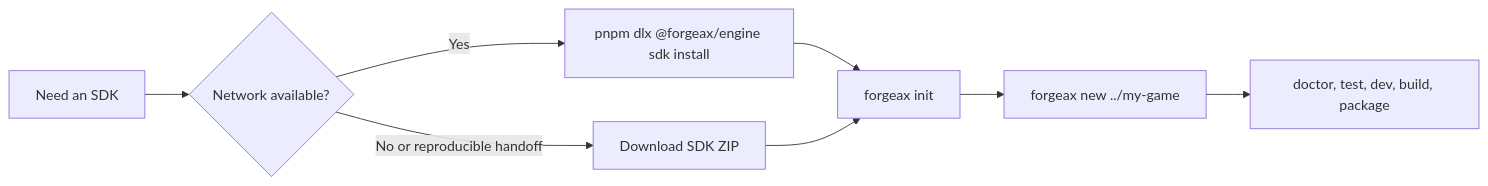
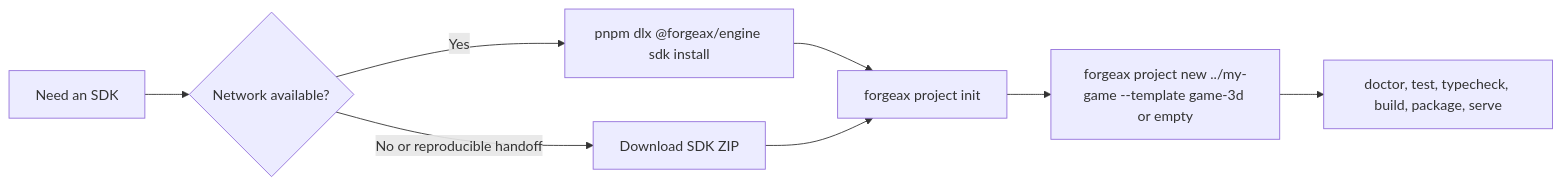
One commit to ForgeaX-Games/forgeax-editor changed the diagram in packages/engine/skills/forgeax-engine-sdk/SDK-NPM-README.md. Above: the diagram before and after it, drawn with Mermaid. The commit also changed other lines of this file and 7023 other files, not shown here.

````diff
--- a/packages/engine/skills/forgeax-engine-sdk/SDK-NPM-README.md
+++ b/packages/engine/skills/forgeax-engine-sdk/SDK-NPM-README.md
@@ -46,10 +45,10 @@
 ```mermaid
 flowchart LR
   A[Need an SDK] --> B{Network available?}
   B -->|Yes| C[pnpm dlx @forgeax/engine sdk install]
   B -->|No or reproducible handoff| D[Download SDK ZIP]
-  C --> E[forgeax init]
+  C --> E[forgeax project init]
   D --> E
-  E --> F[forgeax new ../my-game]
-  F --> G[doctor, test, dev, build, package]
+  E --> F[forgeax project new ../my-game --template game-3d or empty]
+  F --> G[doctor, test, typecheck, build, package, serve]
 ```
````
